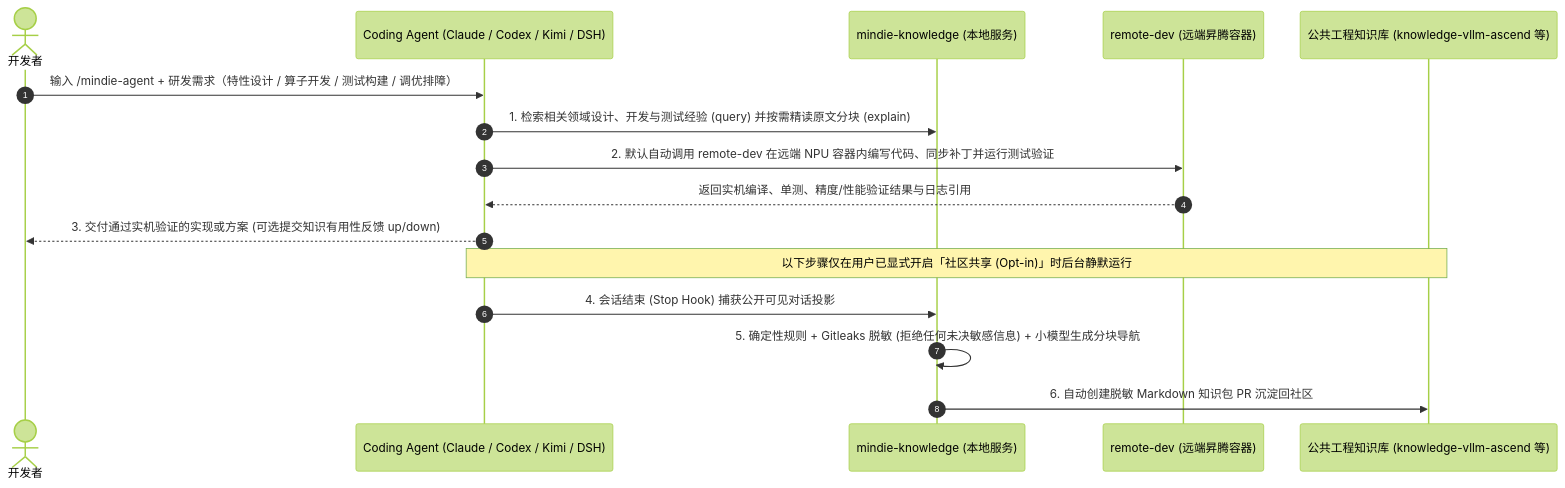
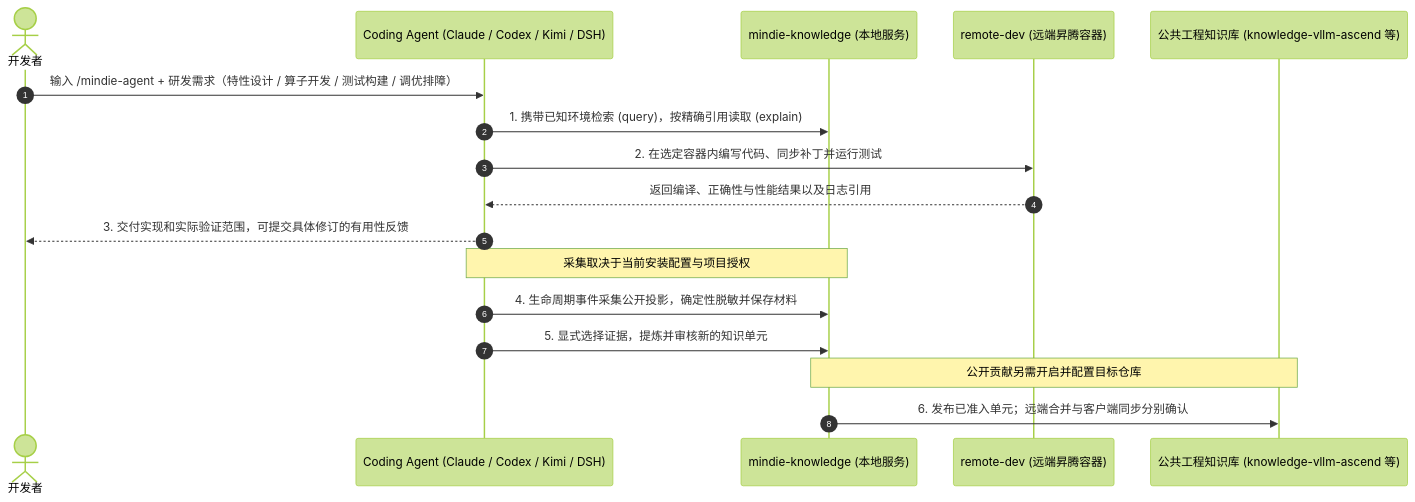
One commit to grandolantow/mindie-agent changed the second of 2 diagrams in README.md. Above: the diagram before and after it, drawn with Mermaid (forest theme). The commit also changed other lines of this file and 1 other file, not shown here.

Commit message:
docs: describe conditional knowledge and reviewed publication flow

````diff
--- a/README.md
+++ b/README.md
@@ -217,19 +218,20 @@
 ```mermaid
 sequenceDiagram
   autonumber
   actor Dev as 开发者
   participant Agent as Coding Agent (Claude / Codex / Kimi / DSH)
   participant Know as mindie-knowledge (本地服务)
   participant NPU as remote-dev (远端昇腾容器)
   participant Repo as 公共工程知识库 (knowledge-vllm-ascend 等)
 
   Dev->>Agent: 输入 /mindie-agent + 研发需求（特性设计 / 算子开发 / 测试构建 / 调优排障）
-  Agent->>Know: 1. 检索相关领域设计、开发与测试经验 (query) 并按需精读原文分块 (explain)
-  Agent->>NPU: 2. 默认自动调用 remote-dev 在远端 NPU 容器内编写代码、同步补丁并运行测试验证
-  NPU-->>Agent: 返回实机编译、单测、精度/性能验证结果与日志引用
-  Agent-->>Dev: 3. 交付通过实机验证的实现或方案 (可选提交知识有用性反馈 up/down)
-  Note over Agent,Repo: 以下步骤仅在用户已显式开启「社区共享 (Opt-in)」时后台静默运行
-  Agent->>Know: 4. 会话结束 (Stop Hook) 捕获公开可见对话投影
-  Know->>Know: 5. 确定性规则 + Gitleaks 脱敏 (拒绝任何未决敏感信息) + 小模型生成分块导航
-  Know->>Repo: 6. 自动创建脱敏 Markdown 知识包 PR 沉淀回社区
+  Agent->>Know: 1. 携带已知环境检索 (query)，按精确引用读取 (explain)
+  Agent->>NPU: 2. 在选定容器内编写代码、同步补丁并运行测试
+  NPU-->>Agent: 返回编译、正确性与性能结果以及日志引用
+  Agent-->>Dev: 3. 交付实现和实际验证范围，可提交具体修订的有用性反馈
+  Note over Agent,Know: 采集取决于当前安装配置与项目授权
+  Agent->>Know: 4. 生命周期事件采集公开投影，确定性脱敏并保存材料
+  Agent->>Know: 5. 显式选择证据，提炼并审核新的知识单元
+  Note over Know,Repo: 公开贡献另需开启并配置目标仓库
+  Know->>Repo: 6. 发布已准入单元；远端合并与客户端同步分别确认
 ```
````
